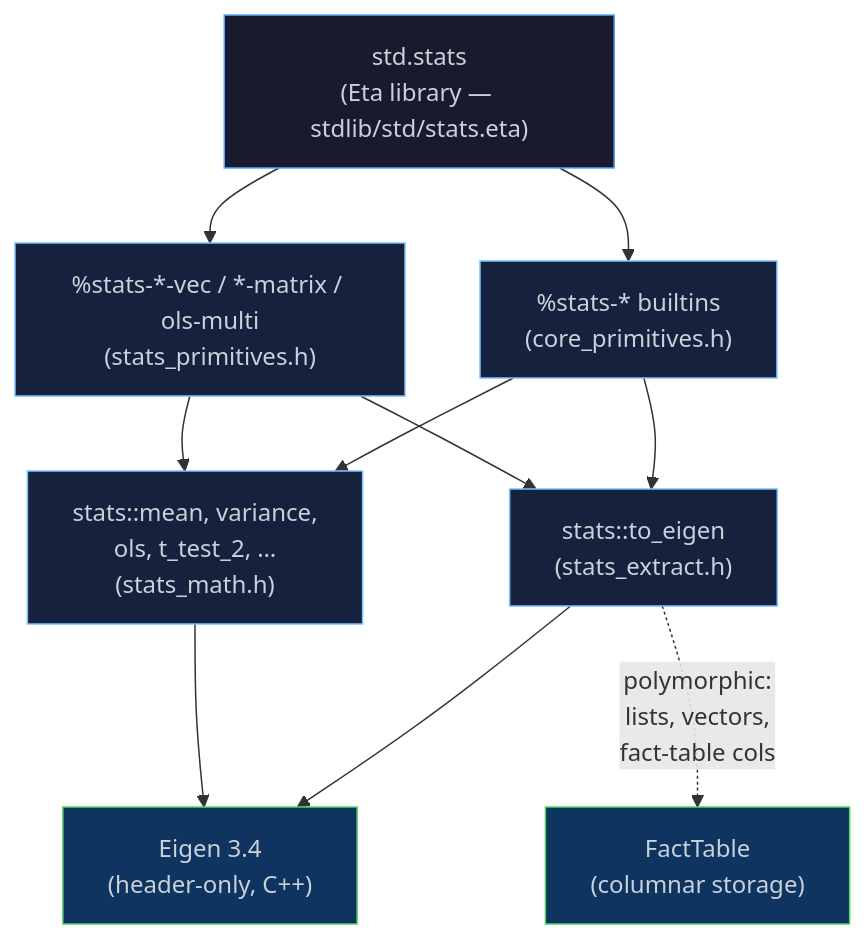
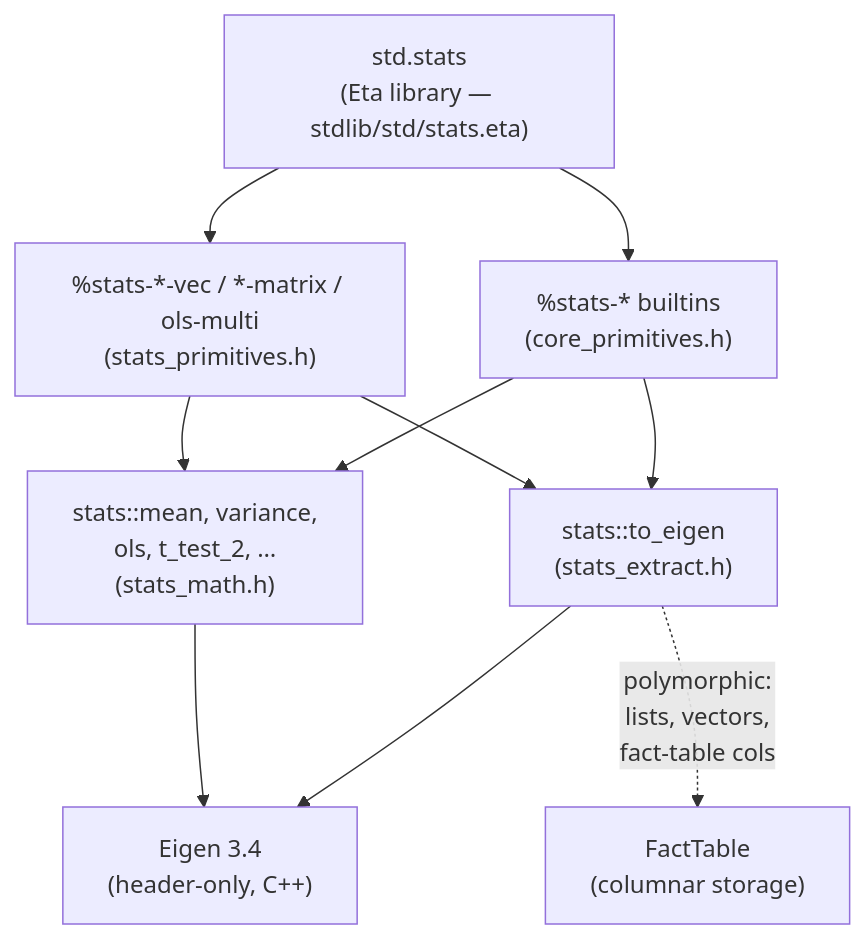
One commit to lewismj/eta changed the diagram in docs/guide/reference/stats.md. Above: the diagram before and after it, drawn with Mermaid. The commit also changed 20 other files, not shown here.

````diff
--- a/docs/guide/reference/stats.md
+++ b/docs/guide/reference/stats.md
@@ -276,28 +276,20 @@
 ```mermaid
 flowchart TD
     SL["std.stats\n(Eta library — stdlib/std/stats.eta)"]
     CP["%stats-* builtins\n(core_primitives.h)"]
     SP["%stats-*-vec / *-matrix / ols-multi\n(stats_primitives.h)"]
     EX["stats::to_eigen\n(stats_extract.h)"]
     SM["stats::mean, variance,\nols, t_test_2, …\n(stats_math.h)"]
     EG["Eigen 3.4\n(header-only, C++)"]
     FT["FactTable\n(columnar storage)"]
 
     SL --> CP
     SL --> SP
     CP --> EX
     CP --> SM
     SP --> EX
     SP --> SM
     EX --> EG
     SM --> EG
     EX -.->|"polymorphic:\nlists, vectors,\nfact-table cols"| FT
-
-    style SL  fill:#1a1a2e,stroke:#58a6ff,color:#c9d1d9
-    style CP  fill:#16213e,stroke:#79c0ff,color:#c9d1d9
-    style SP  fill:#16213e,stroke:#79c0ff,color:#c9d1d9
-    style EX  fill:#16213e,stroke:#79c0ff,color:#c9d1d9
-    style SM  fill:#16213e,stroke:#79c0ff,color:#c9d1d9
-    style EG  fill:#0f3460,stroke:#56d364,color:#c9d1d9
-    style FT  fill:#0f3460,stroke:#56d364,color:#c9d1d9
 ```
````
